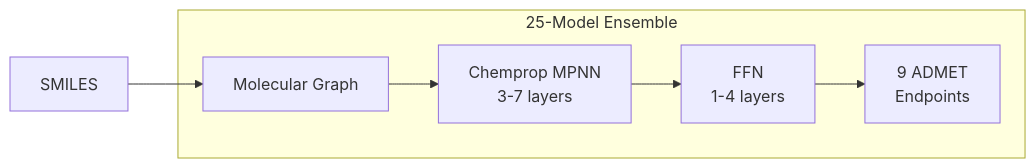
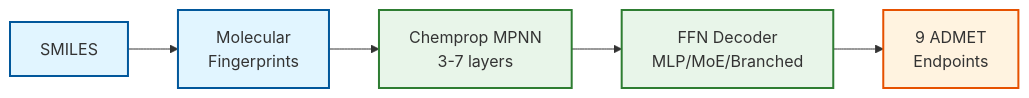
One commit to alec-glisman/OpenADMET-ExpansionRx-Blind-Challenge changed the second of 8 diagrams in README.md. Above: the diagram before and after it, drawn with Mermaid. The commit also changed other lines of this file and 3 other files, not shown here.

First line of the commit message:
docs(readme,contributing): streamline docs and update architecture/curriculum diagrams

````diff
--- a/README.md
+++ b/README.md
@@ -16,11 +80,13 @@
 ```mermaid
 flowchart LR
-    A[SMILES] --> B[Molecular Graph]
+    S[SMILES] --> FP[Molecular<br/>Fingerprints]
+    FP --> MPNN[Chemprop MPNN<br/>3-7 layers]
+    MPNN --> FFN[FFN Decoder<br/>MLP/MoE/Branched]
+    FFN --> Pred[9 ADMET<br/>Endpoints]
 
-    subgraph Ensemble["25-Model Ensemble"]
-    B --> C[Chemprop MPNN<br/>3-7 layers]
-    C --> D[FFN<br/>1-4 layers]
-    D --> E[9 ADMET<br/>Endpoints]
-    E
-    end
+    style S fill:#e1f5ff,stroke:#01579b,stroke-width:2px
+    style FP fill:#e1f5ff,stroke:#01579b,stroke-width:2px
+    style MPNN fill:#e8f5e9,stroke:#2e7d32,stroke-width:2px
+    style FFN fill:#e8f5e9,stroke:#2e7d32,stroke-width:2px
+    style Pred fill:#fff3e0,stroke:#e65100,stroke-width:2px
 ```
````
